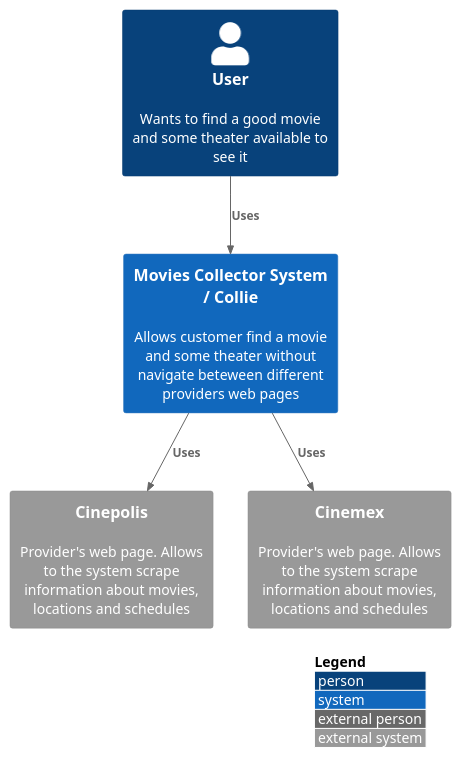
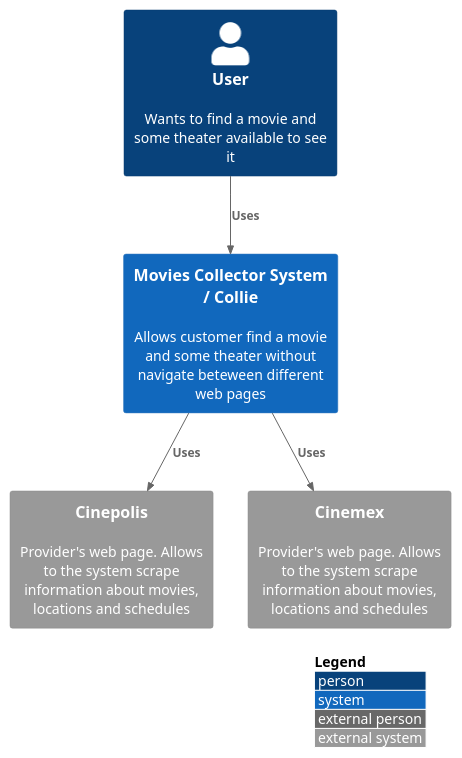
One commit to aoropeza/collie-docs changed the diagram in src/system.puml. Above: the diagram before and after it, drawn with PlantUML. The commit also changed 12 other files, not shown here.

```diff
--- a/src/system.puml
+++ b/src/system.puml
@@ -1,15 +1,15 @@
 @startuml
 !include https://raw.githubusercontent.com/adrianvlupu/C4-PlantUML/latest/C4_Context.puml
 
 LAYOUT_WITH_LEGEND()
 
-Person(user, "User", "Wants to find a good movie and some theater available to see it")
-System(collieSystem, "Movies Collector System / Collie", "Allows customer find a movie and some theater without navigate beteween different providers web pages")
+Person(user, "User", "Wants to find a movie and some theater available to see it")
+System(collieSystem, "Movies Collector System / Collie", "Allows customer find a movie and some theater without navigate beteween different web pages")
 System_Ext(cinepolis, "Cinepolis", "Provider's web page. Allows to the system scrape information about movies, locations and schedules")
 System_Ext(cinemex, "Cinemex", "Provider's web page. Allows to the system scrape information about movies, locations and schedules")
 
 Rel(user, collieSystem, "Uses")
 Rel(collieSystem, cinepolis, "Uses")
 Rel(collieSystem, cinemex, "Uses")
 
 @enduml
```
